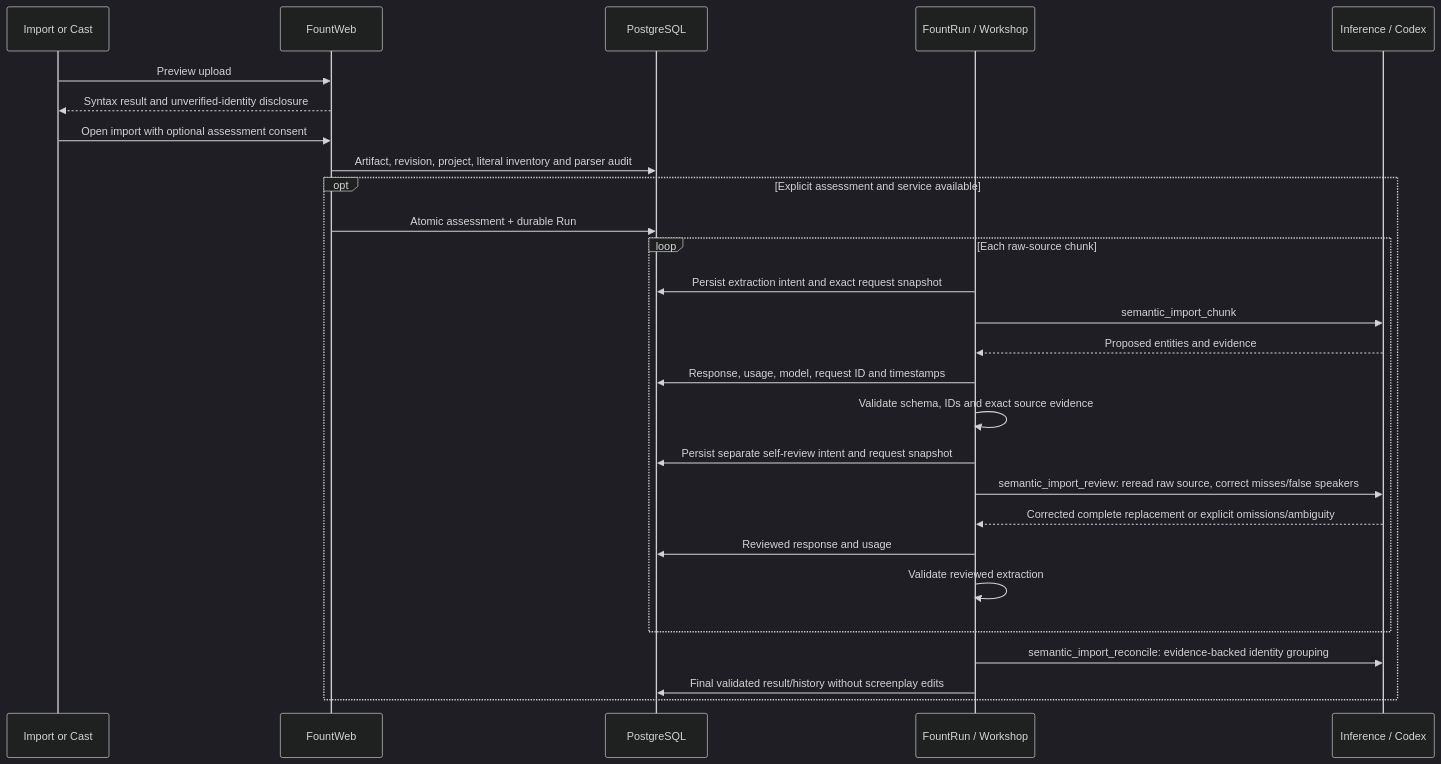
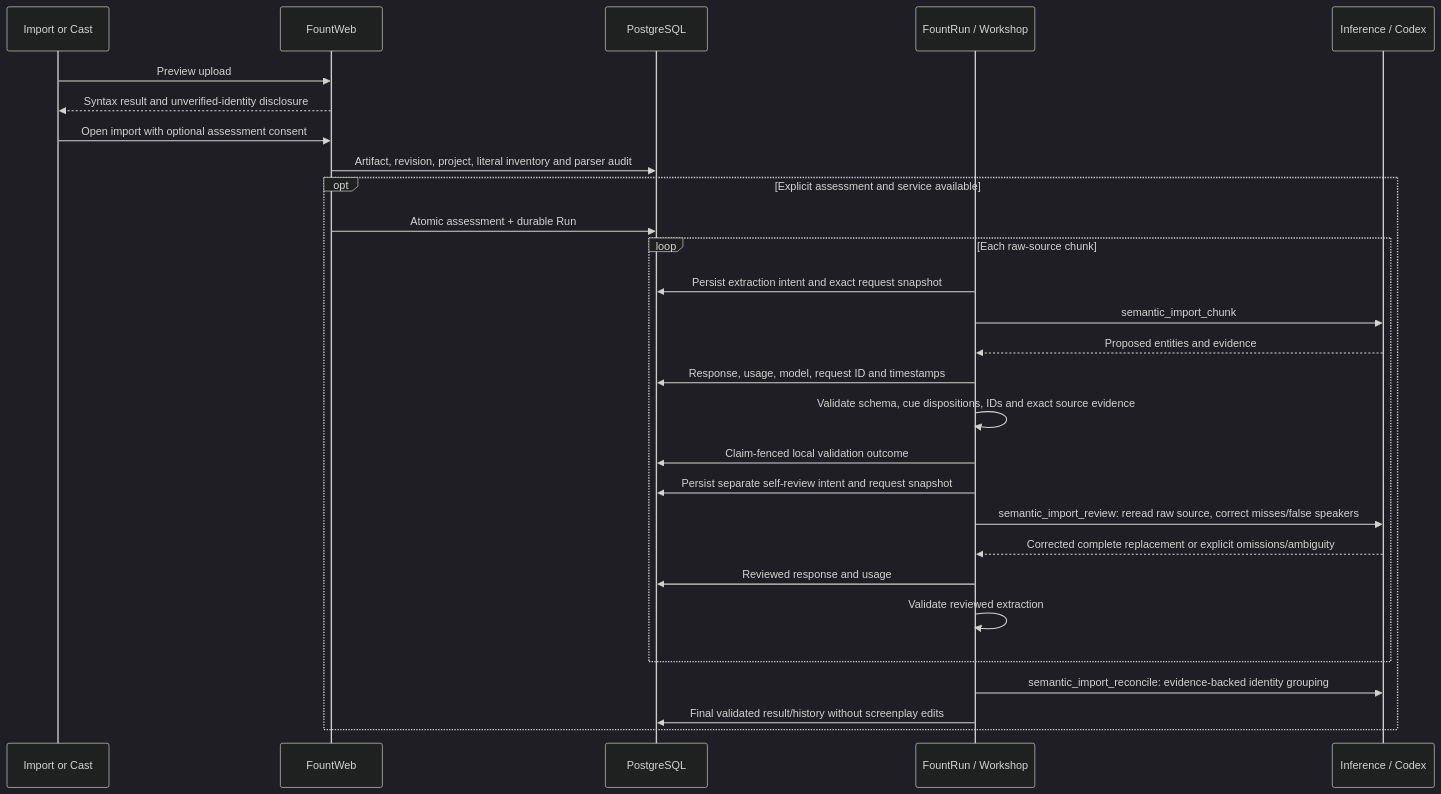
Before and after one commit to nshkrdotcom/fount: the second of 2 diagrams in docs/architecture/IMPORT_WORKFLOW.md, drawn with Mermaid (dark theme). The commit also changed other lines of this file and 50 other files, not shown here.

````diff
--- a/docs/architecture/IMPORT_WORKFLOW.md
+++ b/docs/architecture/IMPORT_WORKFLOW.md
@@ -36,29 +37,30 @@
 ```mermaid
 sequenceDiagram
     participant UI as Import or Cast
     participant Host as FountWeb
     participant DB as PostgreSQL
     participant Run as FountRun / Workshop
     participant Model as Inference / Codex
     UI->>Host: Preview upload
     Host-->>UI: Syntax result and unverified-identity disclosure
     UI->>Host: Open import with optional assessment consent
     Host->>DB: Artifact, revision, project, literal inventory and parser audit
     opt Explicit assessment and service available
         Host->>DB: Atomic assessment + durable Run
         loop Each raw-source chunk
             Run->>DB: Persist extraction intent and exact request snapshot
             Run->>Model: semantic_import_chunk
             Model-->>Run: Proposed entities and evidence
             Run->>DB: Response, usage, model, request ID and timestamps
-            Run->>Run: Validate schema, IDs and exact source evidence
+            Run->>Run: Validate schema, cue dispositions, IDs and exact source evidence
+            Run->>DB: Claim-fenced local validation outcome
             Run->>DB: Persist separate self-review intent and request snapshot
             Run->>Model: semantic_import_review: reread raw source, correct misses/false speakers
             Model-->>Run: Corrected complete replacement or explicit omissions/ambiguity
             Run->>DB: Reviewed response and usage
             Run->>Run: Validate reviewed extraction
         end
         Run->>Model: semantic_import_reconcile: evidence-backed identity grouping
         Run->>DB: Final validated result/history without screenplay edits
     end
 ```
````
